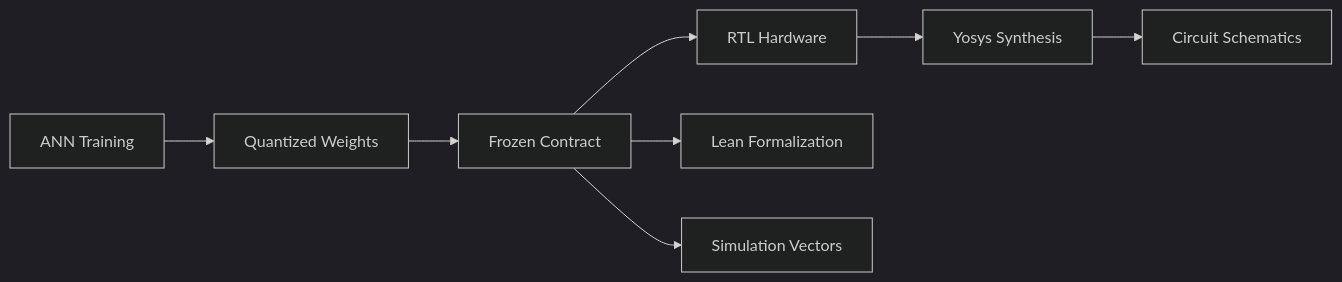
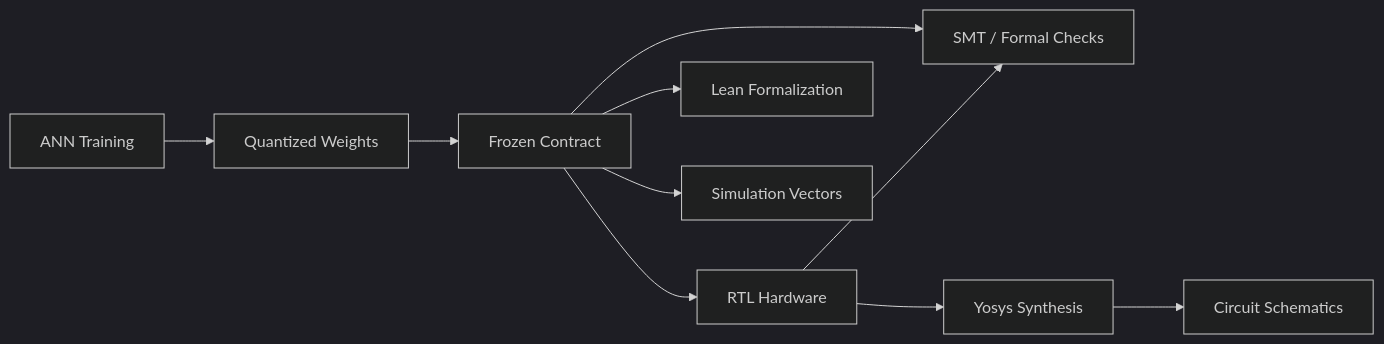
Before and after one commit to dfdgsdfg/ann-rtl-lean-poc: the first of 6 diagrams in docs/from-ann-to-proven-hardware.md, drawn with Mermaid (dark theme). The commit also changed other lines of this file and 37 other files, not shown here.

````diff
--- a/docs/from-ann-to-proven-hardware.md
+++ b/docs/from-ann-to-proven-hardware.md
@@ -7,10 +7,12 @@
 ```mermaid
 graph LR
     A[ANN Training] --> B[Quantized Weights]
     B --> C[Frozen Contract]
     C --> D[RTL Hardware]
     C --> E[Lean Formalization]
     C --> F[Simulation Vectors]
+    C --> I[SMT / Formal Checks]
     D --> G[Yosys Synthesis]
+    D --> I
     G --> H[Circuit Schematics]
 ```
````
